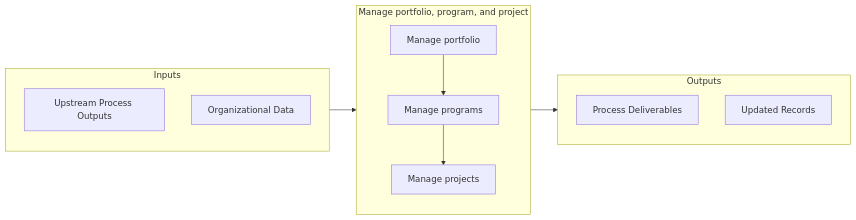
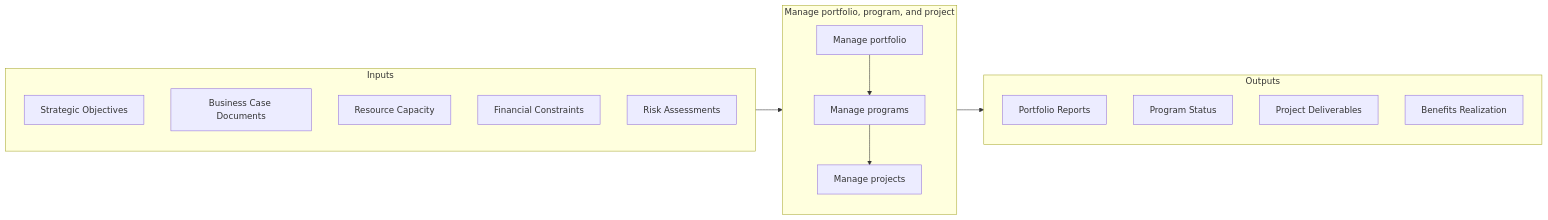
The second of 3 diagrams in processes/13-Capabilities/13.2-ManagePortfolioProgramProject/index.mdx (kziemski/business.org.ai), drawn with Mermaid before and after one commit. The commit also changed other lines of this file and 885 other files, not shown here.

````diff
--- a/processes/13-Capabilities/13.2-ManagePortfolioProgramProject/index.mdx
+++ b/processes/13-Capabilities/13.2-ManagePortfolioProgramProject/index.mdx
@@ -60,22 +62,27 @@
 ```mermaid
 flowchart LR
     subgraph Inputs["Inputs"]
-        I1["Upstream Process Outputs"]
-        I2["Organizational Data"]
+        I1["Strategic Objectives"]
+        I2["Business Case Documents"]
+        I3["Resource Capacity"]
+        I4["Financial Constraints"]
+        I5["Risk Assessments"]
     end
 
     subgraph Process["Manage portfolio, program, and project"]
         S1["Manage portfolio"]
         S2["Manage programs"]
         S3["Manage projects"]
     end
 
     subgraph Outputs["Outputs"]
-        O1["Process Deliverables"]
-        O2["Updated Records"]
+        O1["Portfolio Reports"]
+        O2["Program Status"]
+        O3["Project Deliverables"]
+        O4["Benefits Realization"]
     end
 
     Inputs --> Process --> Outputs
     S1 --> S2
     S2 --> S3
 ```
````
